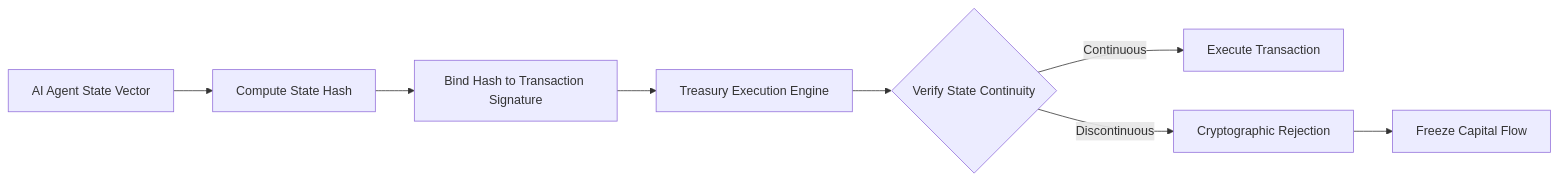
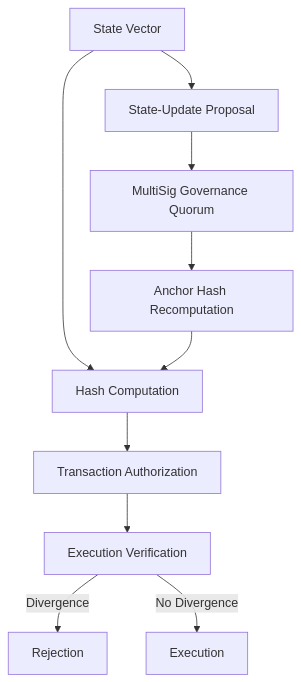
Before and after one commit to shawnhvac/agentworld-prior-art: the diagram in inventions/inv_intent_hash_anchor_lock_for_treasury_ai_agents_59cbf.md, drawn with Mermaid. The commit also changed other lines of this file and 264 other files, not shown here.

````diff
--- a/inventions/inv_intent_hash_anchor_lock_for_treasury_ai_agents_59cbf.md
+++ b/inventions/inv_intent_hash_anchor_lock_for_treasury_ai_agents_59cbf.md
@@ -47,10 +47,12 @@
 ```mermaid
-graph LR
-    A[AI Agent State Vector] --> B[Compute State Hash]
-    B --> C[Bind Hash to Transaction Signature]
-    C --> D[Treasury Execution Engine]
-    D --> E{Verify State Continuity}
-    E -->|Continuous| F[Execute Transaction]
-    E -->|Discontinuous| G[Cryptographic Rejection]
-    G --> H[Freeze Capital Flow]
+graph TD
+    A[State Vector] --> B[Hash Computation]
+    B --> C[Transaction Authorization]
+    C --> D[Execution Verification]
+    D -->|Divergence| E[Rejection]
+    D -->|No Divergence| F[Execution]
+    A --> G[State-Update Proposal]
+    G --> H[MultiSig Governance Quorum]
+    H --> I[Anchor Hash Recomputation]
+    I --> B
 ```
````
